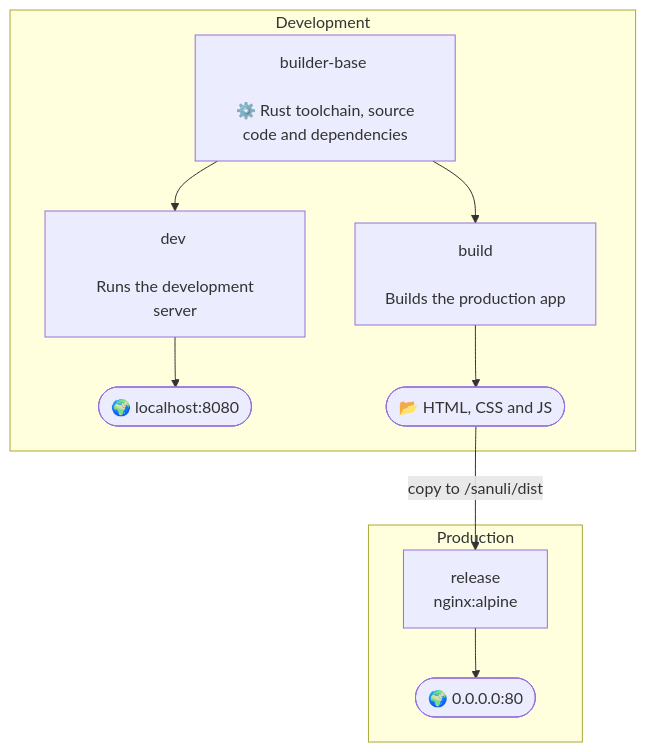
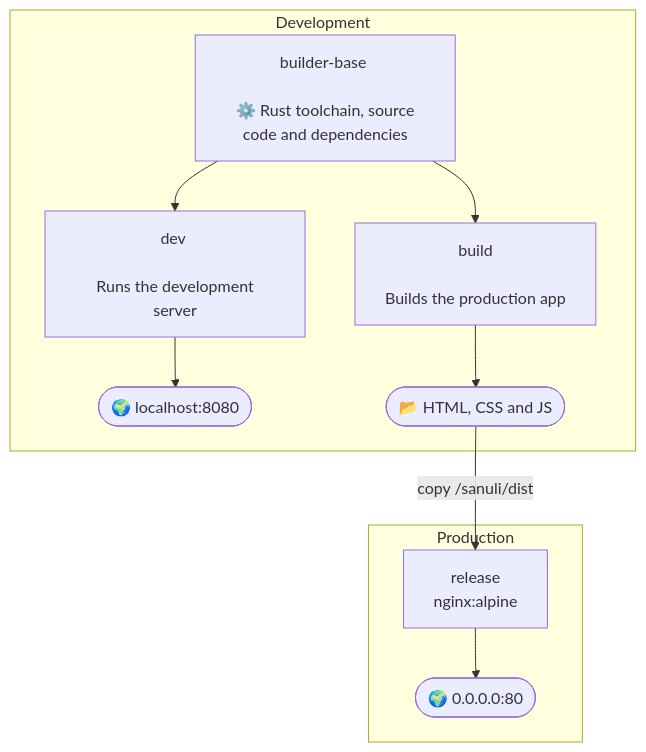
The diagram in readme.md (ohjelmistokehitys/dockerfile-exercise), drawn with Mermaid before and after one commit.

Commit message:
Fixed incorrect path in mermaid diagram

````diff
--- a/readme.md
+++ b/readme.md
@@ -228,21 +228,21 @@
 ```mermaid
 flowchart TD
     subgraph Development
         base["builder-base \n\n ⚙️ Rust toolchain, source code and dependencies"]
 
         dev["dev \n\n Runs the development server"]
 
         dev --> devserver([🌍 localhost:8080])
 
         build["build \n\n Builds the production app"] --> artifact([📂 HTML, CSS and JS])
 
         base --> dev
         base --> build
     end
 
     subgraph Production
         release["release \n nginx:alpine"] --> prodserver([🌍 0.0.0.0:80])
     end
 
-    artifact -->|copy to /sanuli/dist| release
+    artifact -->|copy /sanuli/dist| release
 ```
````
